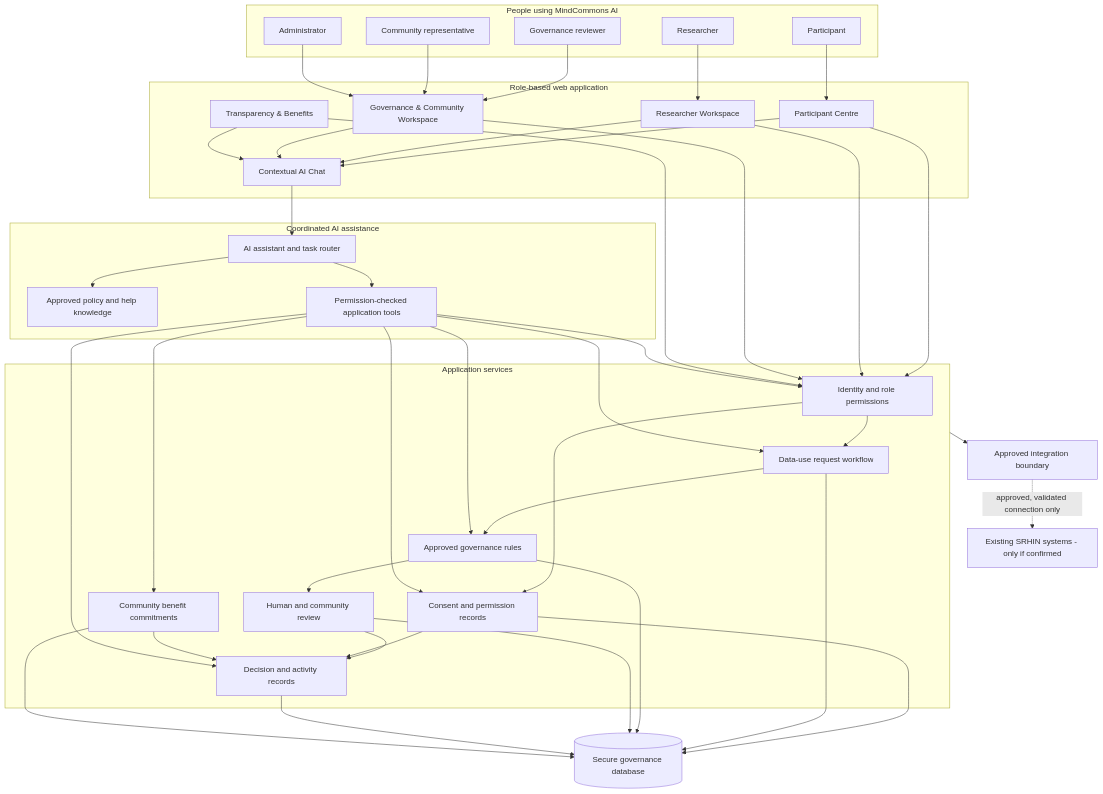
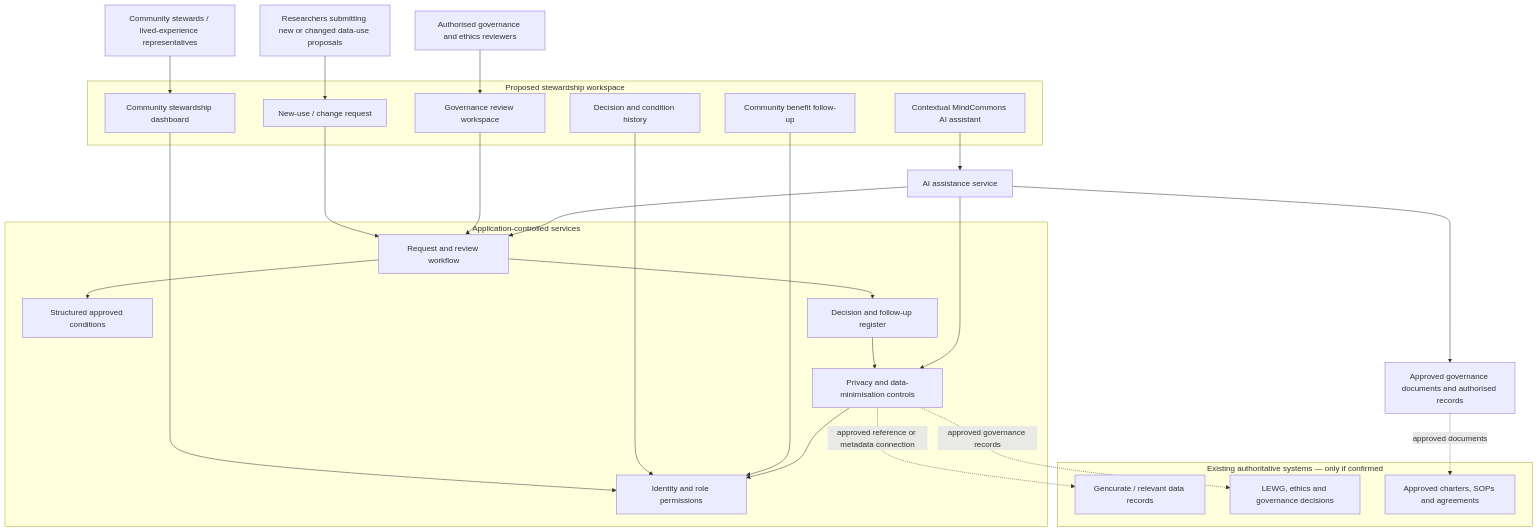
The first of 2 diagrams in projects/mindcommons-ai/architecture/SYSTEM_ARCHITECTURE.md (preciousapiridibagha1-star/technical-writing-research-and-documentation-), drawn with Mermaid before and after one commit. The commit also changed other lines of this file, not shown here.

Commit message:
Refocus architecture on a complementary data stewardship layer

````diff
--- a/projects/mindcommons-ai/architecture/SYSTEM_ARCHITECTURE.md
+++ b/projects/mindcommons-ai/architecture/SYSTEM_ARCHITECTURE.md
@@ -11,81 +11,52 @@
 ```mermaid
 flowchart TB
-    subgraph USERS["People using MindCommons AI"]
-      P["Participant"]
-      R["Researcher"]
-      G["Governance reviewer"]
-      C["Community representative"]
-      A["Administrator"]
-    end
+  U[Community stewards / lived-experience representatives]
+  R[Researchers submitting new or changed data-use proposals]
+  H[Authorised governance and ethics reviewers]
 
-    subgraph UI["Role-based web application"]
-      PC["Participant Centre"]
-      RW["Researcher Workspace"]
-      GW["Governance & Community Workspace"]
-      TB["Transparency & Benefits"]
-      CHAT["Contextual AI Chat"]
-    end
+  subgraph UI[Proposed stewardship workspace]
+    DASH[Community stewardship dashboard]
+    FORM[New-use / change request]
+    REVIEW[Governance review workspace]
+    TRACE[Decision and condition history]
+    BENEFIT[Community benefit follow-up]
+    CHAT[Contextual MindCommons AI assistant]
+  end
 
-    subgraph CORE["Application services"]
-      AUTH["Identity and role permissions"]
-      CONSENT["Consent and permission records"]
-      REQUEST["Data-use request workflow"]
-      RULES["Approved governance rules"]
-      REVIEW["Human and community review"]
-      AUDIT["Decision and activity records"]
-      BENEFIT["Community benefit commitments"]
-    end
+  subgraph APP[Application-controlled services]
+    ID[Identity and role permissions]
+    WORK[Request and review workflow]
+    RULES[Structured approved conditions]
+    LOG[Decision and follow-up register]
+    FILTER[Privacy and data-minimisation controls]
+  end
 
-    subgraph AI["Coordinated AI assistance"]
-      ROUTER["AI assistant and task router"]
-      KNOW["Approved policy and help knowledge"]
-      TOOLS["Permission-checked application tools"]
-    end
+  AI[AI assistance service]
+  KNOW[Approved governance documents and authorised records]
 
-    DB[("Secure governance database")]
-    INT["Approved integration boundary"]
-    SRHIN["Existing SRHIN systems - only if confirmed"]
+  subgraph EXISTING[Existing authoritative systems — only if confirmed]
+    GEN[Gencurate / relevant data records]
+    GOV[LEWG, ethics and governance decisions]
+    DOC[Approved charters, SOPs and agreements]
+  end
 
-    P --> PC
-    R --> RW
-    G --> GW
-    C --> GW
-    A --> GW
-    PC --> CHAT
-    RW --> CHAT
-    GW --> CHAT
-    TB --> CHAT
-
-    PC --> AUTH
-    RW --> AUTH
-    GW --> AUTH
-    TB --> AUTH
-
-    AUTH --> CONSENT
-    AUTH --> REQUEST
-    REQUEST --> RULES
-    RULES --> REVIEW
-    REVIEW --> AUDIT
-    CONSENT --> AUDIT
-    BENEFIT --> AUDIT
-
-    CHAT --> ROUTER
-    ROUTER --> KNOW
-    ROUTER --> TOOLS
-    TOOLS --> AUTH
-    TOOLS --> CONSENT
-    TOOLS --> REQUEST
-    TOOLS --> RULES
-    TOOLS --> AUDIT
-    TOOLS --> BENEFIT
-
-    CONSENT --> DB
-    REQUEST --> DB
-    RULES --> DB
-    REVIEW --> DB
-    AUDIT --> DB
-    BENEFIT --> DB
-
-    CORE --> INT
-    INT -. "approved, validated connection only" .-> SRHIN
+  U --> DASH
+  R --> FORM
+  H --> REVIEW
+  DASH --> ID
+  FORM --> WORK
+  REVIEW --> WORK
+  TRACE --> ID
+  BENEFIT --> ID
+  WORK --> RULES
+  WORK --> LOG
+  LOG --> FILTER
+  CHAT --> AI
+  AI --> KNOW
+  AI --> FILTER
+  FILTER --> ID
+  FILTER -. approved reference or metadata connection .-> GEN
+  FILTER -. approved governance records .-> GOV
+  KNOW -. approved documents .-> DOC
+  AI --> WORK
 ```
````
